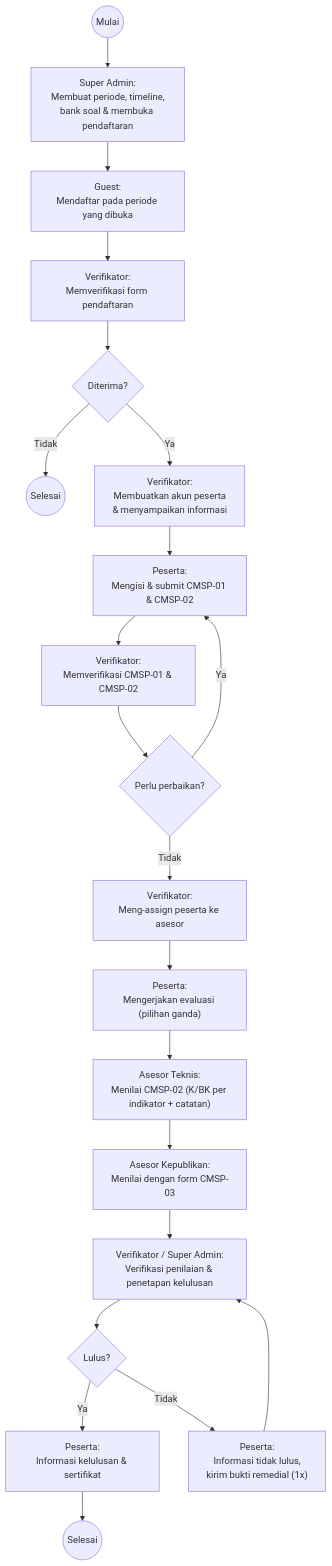
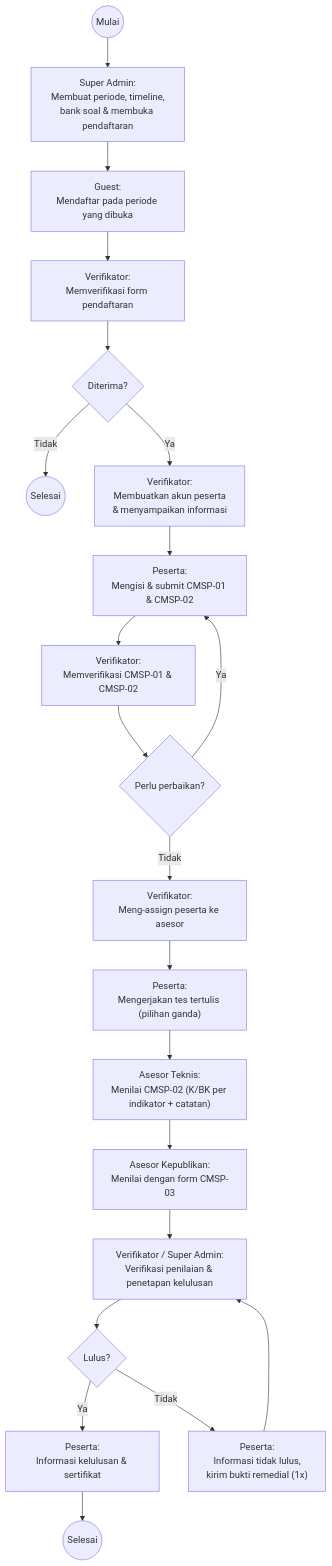
One commit to FernandoJM1211/sertifikasi-coaching-mentoring changed the diagram in docs/01-gambaran-sistem.md. Above: the diagram before and after it, drawn with Mermaid. The commit also changed other lines of this file and 74 other files, not shown here.

First line of the commit message:
feat: menu Verifikasi Peserta terpisah, tahap Evaluasi menjadi Tes Tertulis, dan perapian tampilan

````diff
--- a/docs/01-gambaran-sistem.md
+++ b/docs/01-gambaran-sistem.md
@@ -70,23 +70,23 @@
 ```mermaid
 flowchart TD
     S((Mulai)) --> A1["Super Admin:<br/>Membuat periode, timeline,<br/>bank soal & membuka pendaftaran"]
     A1 --> G1["Guest:<br/>Mendaftar pada periode yang dibuka"]
     G1 --> V1["Verifikator:<br/>Memverifikasi form pendaftaran"]
     V1 --> D1{Diterima?}
     D1 -- Tidak --> E1((Selesai))
     D1 -- Ya --> V2["Verifikator:<br/>Membuatkan akun peserta<br/>& menyampaikan informasi"]
     V2 --> P1["Peserta:<br/>Mengisi & submit CMSP-01 & CMSP-02"]
     P1 --> V3["Verifikator:<br/>Memverifikasi CMSP-01 & CMSP-02"]
     V3 --> D2{Perlu perbaikan?}
     D2 -- Ya --> P1
     D2 -- Tidak --> V4["Verifikator:<br/>Meng-assign peserta ke asesor"]
-    V4 --> P2["Peserta:<br/>Mengerjakan evaluasi (pilihan ganda)"]
+    V4 --> P2["Peserta:<br/>Mengerjakan tes tertulis (pilihan ganda)"]
     P2 --> AT["Asesor Teknis:<br/>Menilai CMSP-02 (K/BK per indikator + catatan)"]
     AT --> AK["Asesor Kepublikan:<br/>Menilai dengan form CMSP-03"]
     AK --> V5["Verifikator / Super Admin:<br/>Verifikasi penilaian & penetapan kelulusan"]
     V5 --> D3{Lulus?}
     D3 -- Ya --> P3["Peserta:<br/>Informasi kelulusan & sertifikat"]
     P3 --> E2((Selesai))
     D3 -- Tidak --> P4["Peserta:<br/>Informasi tidak lulus,<br/>kirim bukti remedial (1x)"]
     P4 --> V5
 ```
````
